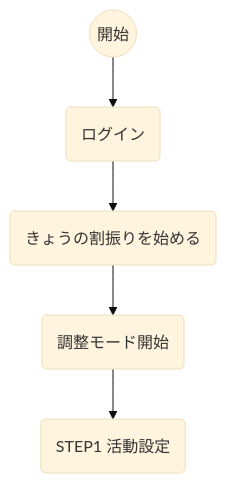
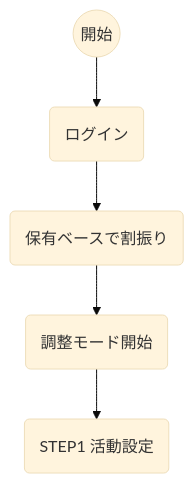
The first of 16 diagrams in boys15/docs/TCB-MAN-001_道具割り振りツール_操作マニュアル_v1.5.md (tcb15-admin/tcb-tools), drawn with Mermaid (base theme) before and after one commit. The commit also changed other lines of this file and 22 other files, not shown here.

````diff
--- a/boys15/docs/TCB-MAN-001_道具割り振りツール_操作マニュアル_v1.5.md
+++ b/boys15/docs/TCB-MAN-001_道具割り振りツール_操作マニュアル_v1.5.md
@@ -142,7 +142,7 @@
 ```mermaid
 flowchart TD
     S((開始)) --> L(ログイン)
-    L --> P1(きょうの割振りを始める)
+    L --> P1(保有ベースで割振り)
     P1 --> B(調整モード開始)
     B --> S1(STEP1 活動設定)
 ```
````
